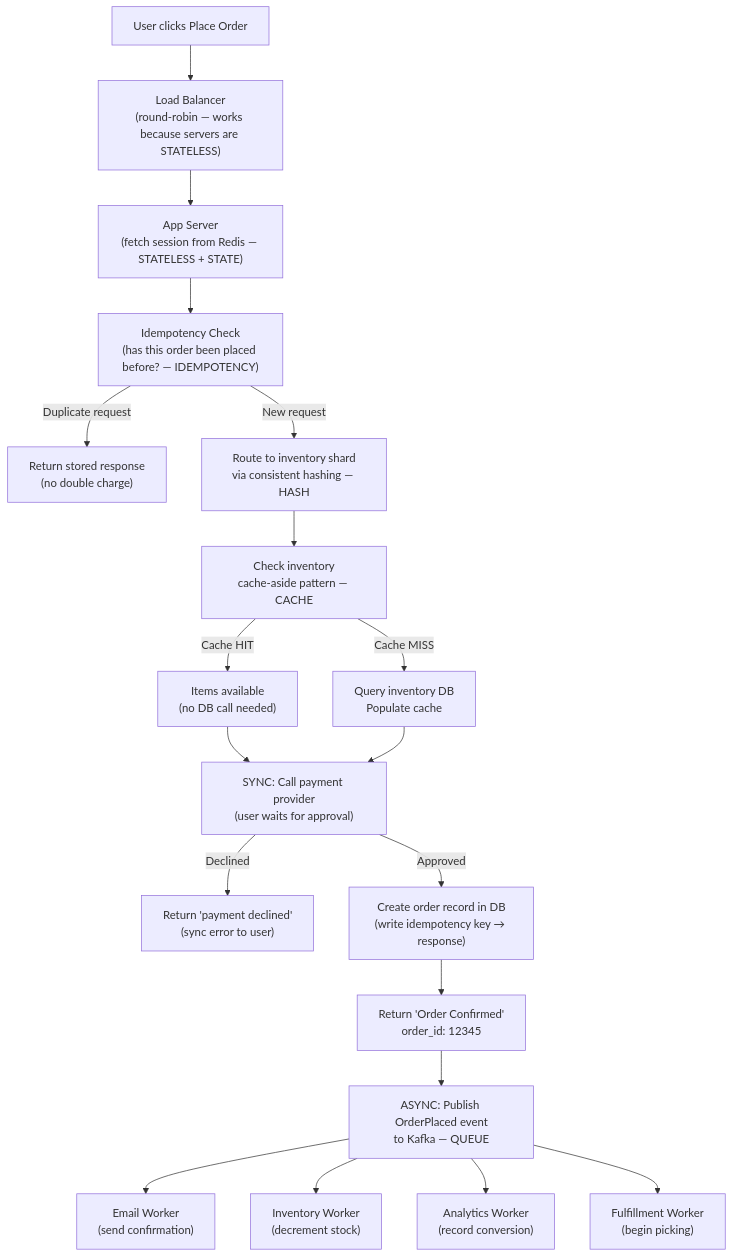
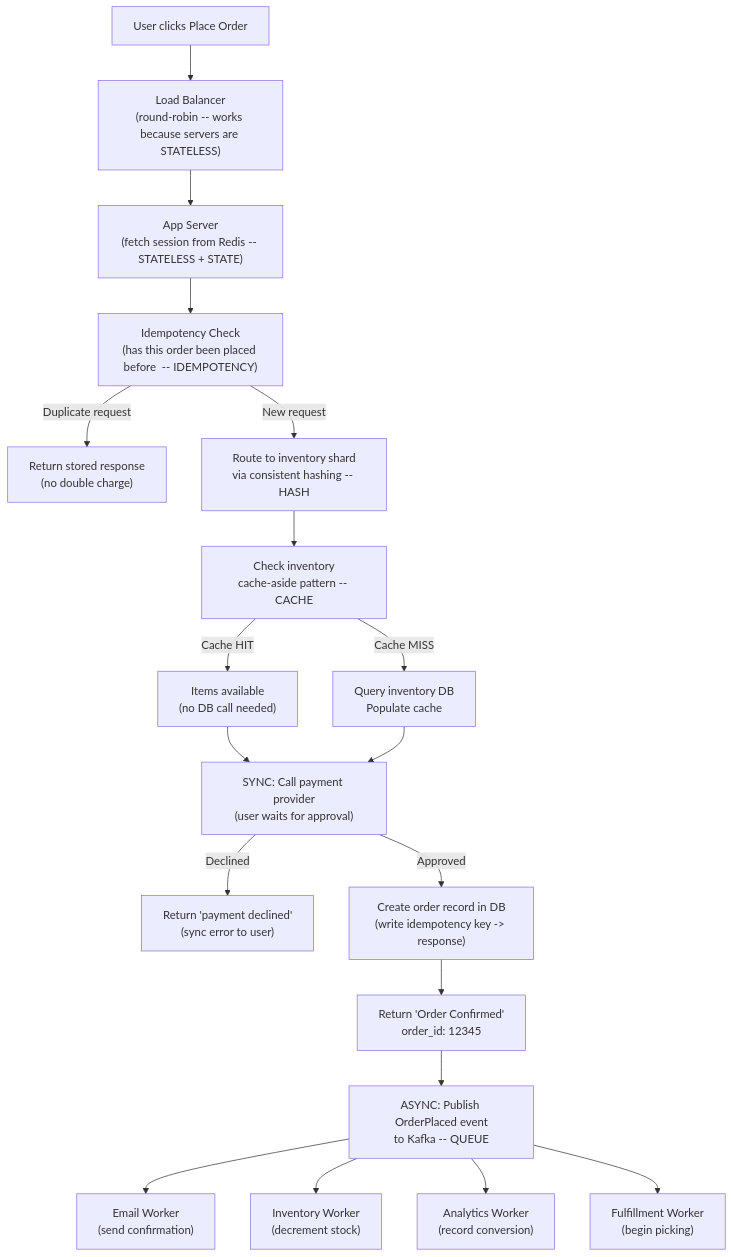
Before and after one commit to ranjeetnegi/System-Design-for-Staff-SWE: diagram 21 of 22 in Section0/Chapter_6_Core_Building_Blocks.md, drawn with Mermaid. The commit also changed other lines of this file and 11 other files, not shown here.

````diff
--- a/Section0/Chapter_6_Core_Building_Blocks.md
+++ b/Section0/Chapter_6_Core_Building_Blocks.md
@@ -2001,21 +2001,21 @@
 ```mermaid
 flowchart TD
-    A["User clicks Place Order"] --> B["Load Balancer\n(round-robin — works because servers are STATELESS)"]
-    B --> C["App Server\n(fetch session from Redis — STATELESS + STATE)"]
-    C --> D["Idempotency Check\n(has this order been placed before? — IDEMPOTENCY)"]
+    A["User clicks Place Order"] --> B["Load Balancer\n(round-robin -- works because servers are STATELESS)"]
+    B --> C["App Server\n(fetch session from Redis -- STATELESS + STATE)"]
+    C --> D["Idempotency Check\n(has this order been placed before  -- IDEMPOTENCY)"]
     D -- "Duplicate request" --> E["Return stored response\n(no double charge)"]
-    D -- "New request" --> F["Route to inventory shard\nvia consistent hashing — HASH"]
-    F --> G["Check inventory\ncache-aside pattern — CACHE"]
+    D -- "New request" --> F["Route to inventory shard\nvia consistent hashing -- HASH"]
+    F --> G["Check inventory\ncache-aside pattern -- CACHE"]
     G -- "Cache HIT" --> H["Items available\n(no DB call needed)"]
     G -- "Cache MISS" --> I["Query inventory DB\nPopulate cache"]
     H --> J["SYNC: Call payment provider\n(user waits for approval)"]
     I --> J
     J -- "Declined" --> K["Return 'payment declined'\n(sync error to user)"]
-    J -- "Approved" --> L["Create order record in DB\n(write idempotency key → response)"]
+    J -- "Approved" --> L["Create order record in DB\n(write idempotency key -> response)"]
     L --> M["Return 'Order Confirmed'\norder_id: 12345"]
-    M --> N["ASYNC: Publish OrderPlaced event\nto Kafka — QUEUE"]
+    M --> N["ASYNC: Publish OrderPlaced event\nto Kafka -- QUEUE"]
     N --> O1["Email Worker\n(send confirmation)"]
     N --> O2["Inventory Worker\n(decrement stock)"]
     N --> O3["Analytics Worker\n(record conversion)"]
     N --> O4["Fulfillment Worker\n(begin picking)"]
 ```
````
